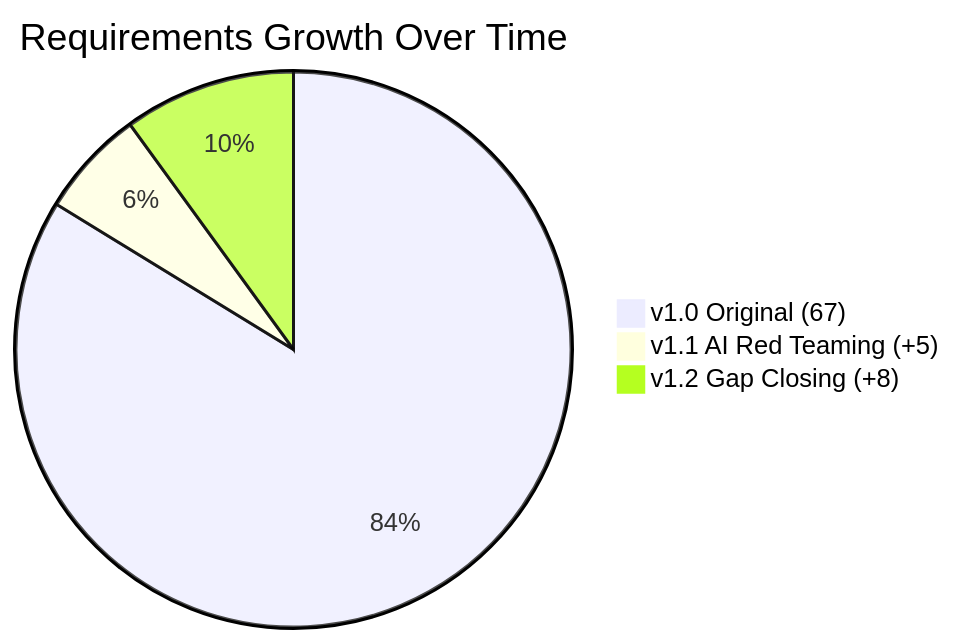
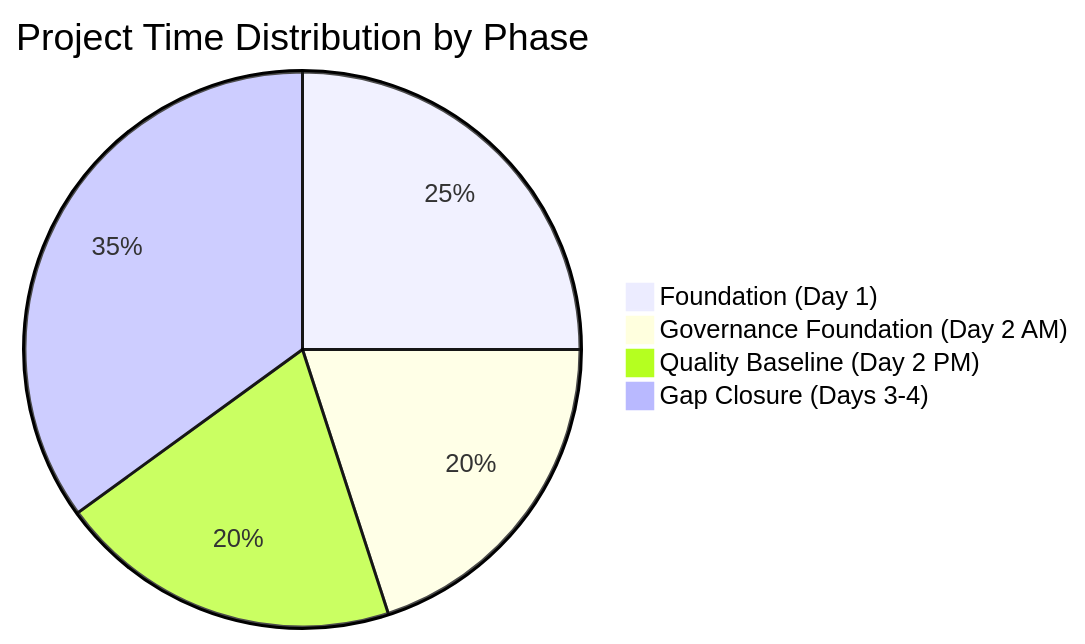
One commit to tractorjuice/arckit-test-project-v8-cabinet-office-genai changed the third of 3 diagrams in projects/001-cabinet-office-genai/PROJECT-STORY.md. Above: the diagram before and after it, drawn with Mermaid. The commit also changed other lines of this file, not shown here.

First line of the commit message:
refactor: regenerate PROJECT-STORY.md v2.0 from scratch with enhanced timeline analysis

````diff
--- a/projects/001-cabinet-office-genai/PROJECT-STORY.md
+++ b/projects/001-cabinet-office-genai/PROJECT-STORY.md
@@ -173,6 +239,7 @@
 ```mermaid
-pie title Requirements Growth Over Time
-    "v1.0 Original (67)" : 67
-    "v1.1 AI Red Teaming (+5)" : 5
-    "v1.2 Gap Closing (+8)" : 8
+pie title Project Time Distribution by Phase
+    "Foundation (Day 1)" : 25
+    "Governance Foundation (Day 2 AM)" : 20
+    "Quality Baseline (Day 2 PM)" : 20
+    "Gap Closure (Days 3-4)" : 35
 ```
````
